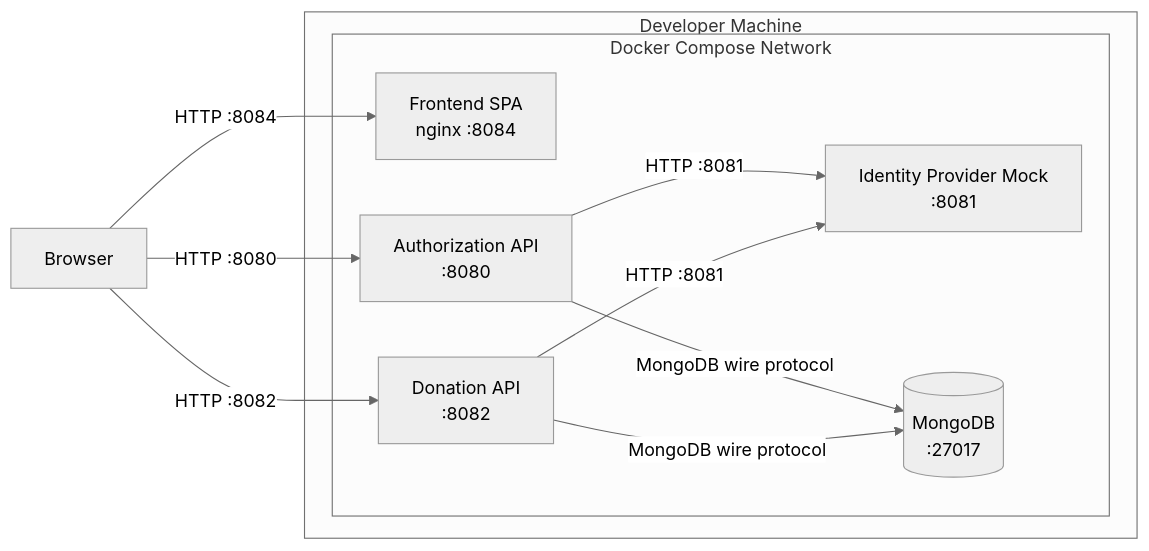
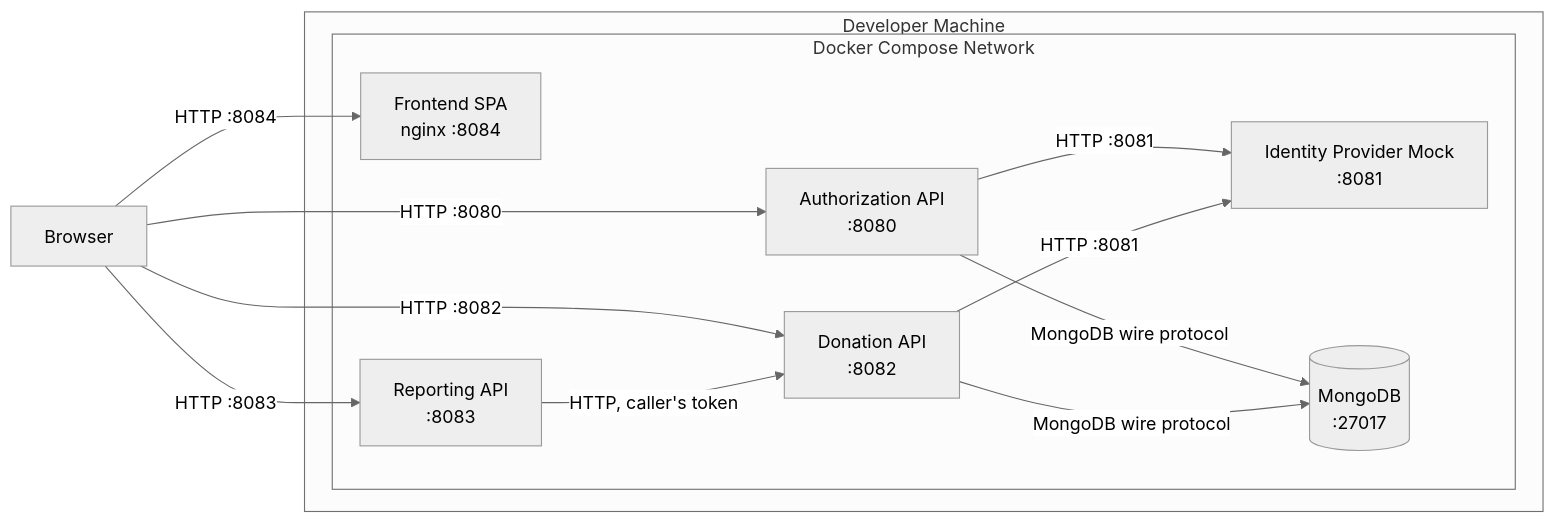
The first of 3 diagrams in docs/architecture/arc42/07-deployment-view.md (wouterfennis/TimeForCode), drawn with Mermaid (neutral theme) before and after one commit. The commit also changed other lines of this file and 139 other files, not shown here.

````diff
--- a/docs/architecture/arc42/07-deployment-view.md
+++ b/docs/architecture/arc42/07-deployment-view.md
@@ -15,20 +15,23 @@
 ```mermaid
 graph LR
     subgraph Developer Machine
         subgraph Docker Compose Network
             Frontend["Frontend SPA\nnginx :8084"]
             AuthAPI["Authorization API\n:8080"]
             IdpMock["Identity Provider Mock\n:8081"]
             DonationAPI["Donation API\n:8082"]
+            ReportingAPI["Reporting API\n:8083"]
             MongoDB[("MongoDB\n:27017")]
         end
     end
 
     Browser["Browser"] -->|HTTP :8084| Frontend
     Browser -->|HTTP :8080| AuthAPI
     Browser -->|HTTP :8082| DonationAPI
+    Browser -->|HTTP :8083| ReportingAPI
+    ReportingAPI -->|HTTP, caller's token| DonationAPI
     AuthAPI -->|HTTP :8081| IdpMock
     DonationAPI -->|HTTP :8081| IdpMock
     AuthAPI -->|MongoDB wire protocol| MongoDB
     DonationAPI -->|MongoDB wire protocol| MongoDB
 ```
````
